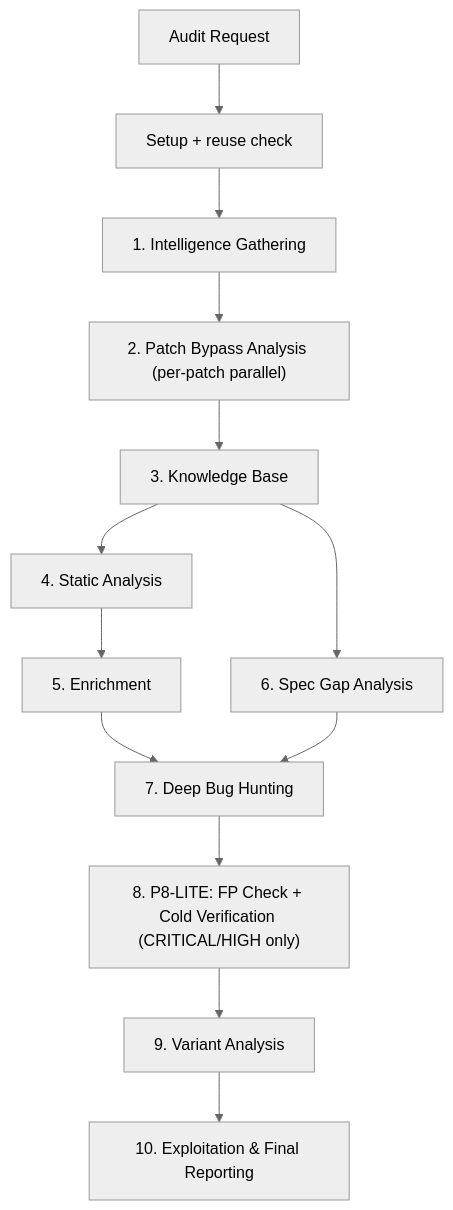
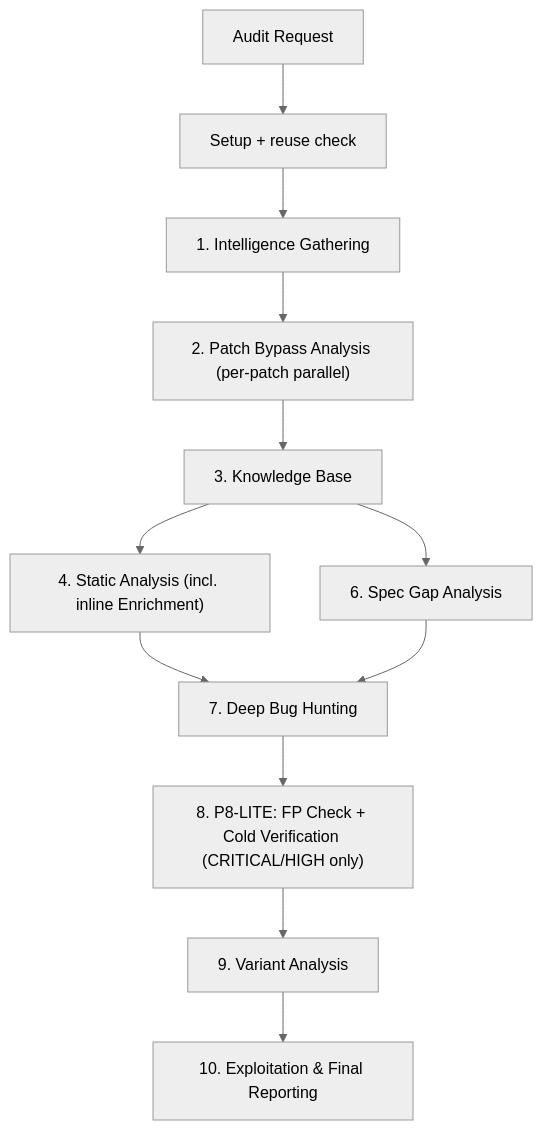
One commit to vigolium/vigolium changed the diagram in internal/resources/archon/skills/audit/SKILL.md. Above: the diagram before and after it, drawn with Mermaid (neutral theme). The commit also changed other lines of this file and 110 other files, not shown here.

````diff
--- a/internal/resources/archon/skills/audit/SKILL.md
+++ b/internal/resources/archon/skills/audit/SKILL.md
@@ -77,15 +77,14 @@
 ```mermaid
 flowchart TD
     Start["Audit Request"] --> Setup["Setup + reuse check"]
     Setup --> P1["1. Intelligence Gathering"]
     P1 --> P2["2. Patch Bypass Analysis (per-patch parallel)"]
     P2 --> P3["3. Knowledge Base"]
-    P3 --> P4["4. Static Analysis"]
+    P3 --> P4["4. Static Analysis (incl. inline Enrichment)"]
     P3 --> P6["6. Spec Gap Analysis"]
-    P4 --> P5["5. Enrichment"]
-    P5 --> P7["7. Deep Bug Hunting"]
+    P4 --> P7["7. Deep Bug Hunting"]
     P6 --> P7
     P7 --> P8["8. P8-LITE: FP Check + Cold Verification (CRITICAL/HIGH only)"]
     P8 --> P9["9. Variant Analysis"]
     P9 --> P10["10. Exploitation & Final Reporting"]
 ```
````
